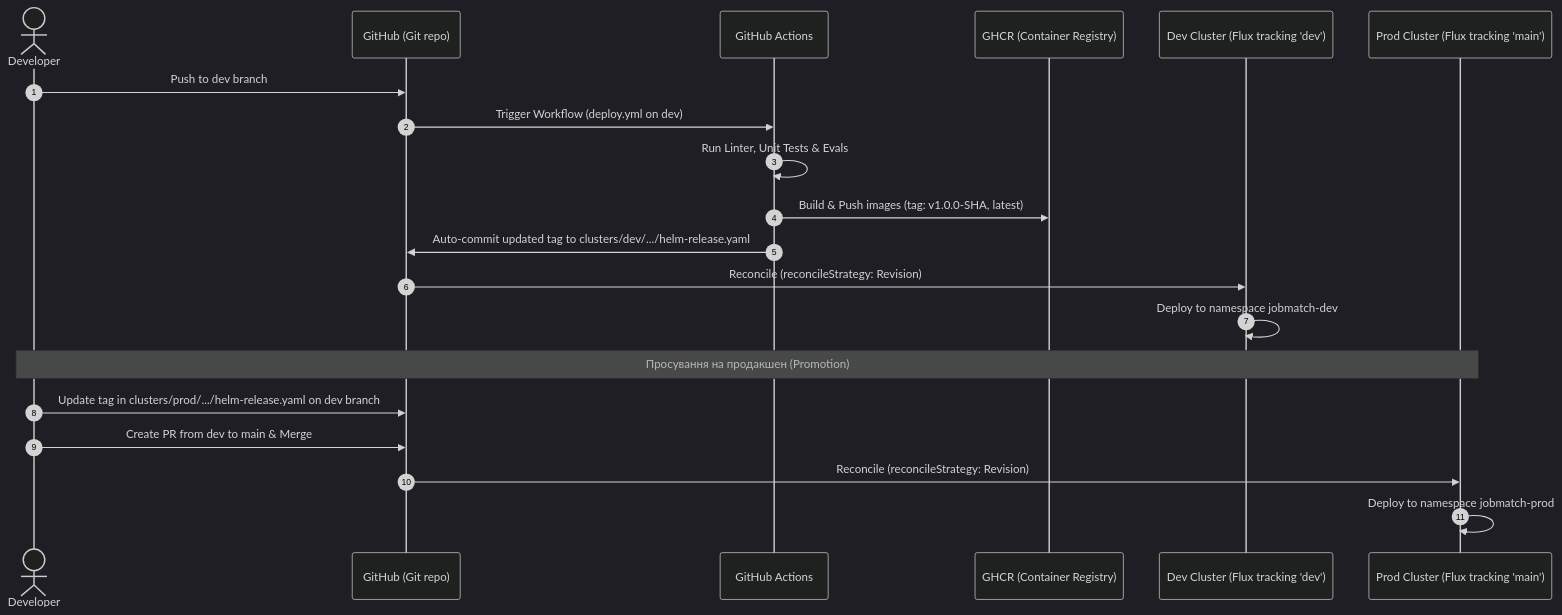
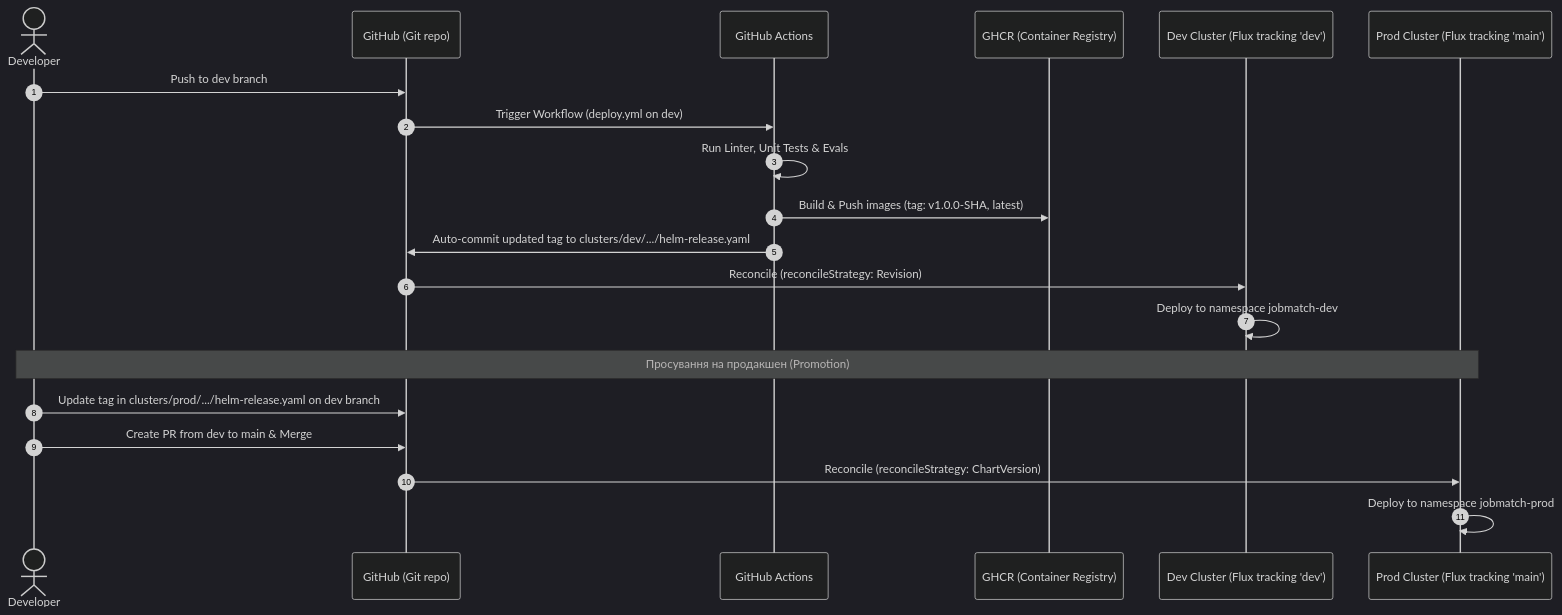
The third of 6 diagrams in doc/HLD.md (mkdir28/hackathon-devops), drawn with Mermaid (dark theme) before and after one commit. The commit also changed other lines of this file and 64 other files, not shown here.

````diff
--- a/doc/HLD.md
+++ b/doc/HLD.md
@@ -62,24 +77,24 @@
 ```mermaid
 sequenceDiagram
     autonumber
     actor Dev as Developer
     participant Git as GitHub (Git repo)
     participant CI as GitHub Actions
     participant Registry as GHCR (Container Registry)
     participant DevCluster as Dev Cluster (Flux tracking 'dev')
     participant ProdCluster as Prod Cluster (Flux tracking 'main')
 
     Dev->>Git: Push to dev branch
     Git->>CI: Trigger Workflow (deploy.yml on dev)
     CI->>CI: Run Linter, Unit Tests & Evals
     CI->>Registry: Build & Push images (tag: v1.0.0-SHA, latest)
     CI->>Git: Auto-commit updated tag to clusters/dev/.../helm-release.yaml
     Git->>DevCluster: Reconcile (reconcileStrategy: Revision)
     DevCluster->>DevCluster: Deploy to namespace jobmatch-dev
 
     Note over Dev, ProdCluster: Просування на продакшен (Promotion)
     Dev->>Git: Update tag in clusters/prod/.../helm-release.yaml on dev branch
     Dev->>Git: Create PR from dev to main & Merge
-    Git->>ProdCluster: Reconcile (reconcileStrategy: Revision)
+    Git->>ProdCluster: Reconcile (reconcileStrategy: ChartVersion)
     ProdCluster->>ProdCluster: Deploy to namespace jobmatch-prod
 ```
````
